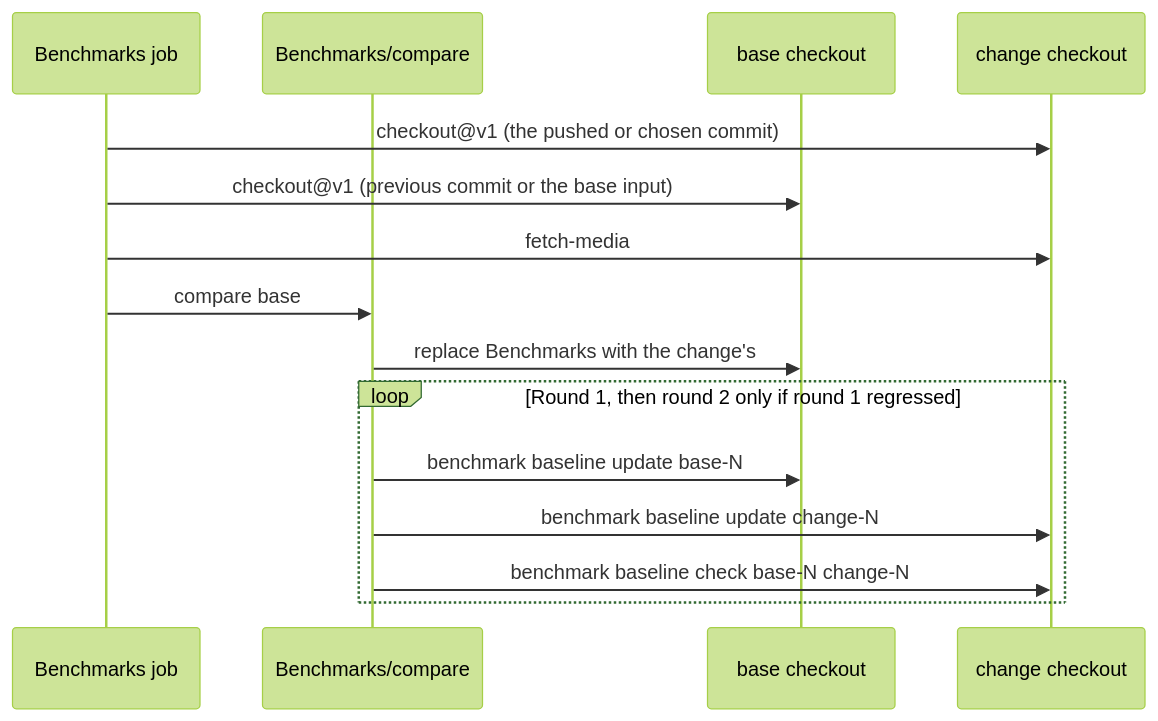
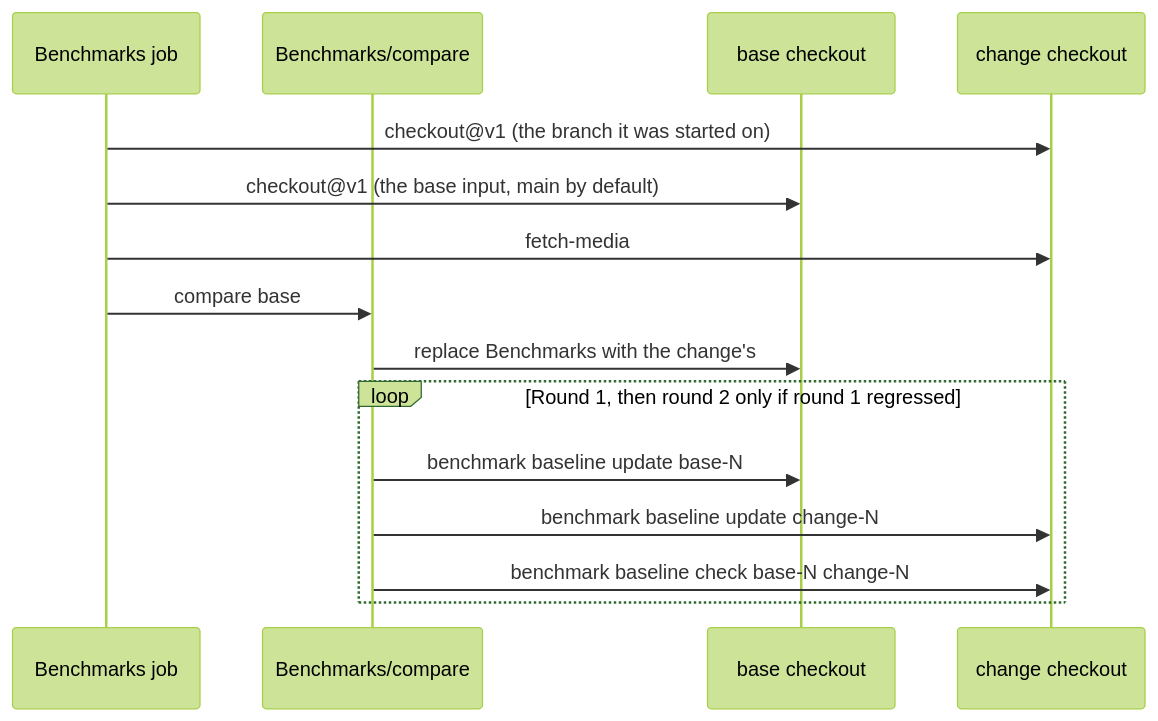
One commit to samsonjs/SJSAssetExportSession changed the diagram in Benchmarks/Readme.md. Above: the diagram before and after it, drawn with Mermaid (forest theme). The commit also changed other lines of this file and 1 other file, not shown here.

````diff
--- a/Benchmarks/Readme.md
+++ b/Benchmarks/Readme.md
@@ -102,17 +103,17 @@
 ```mermaid
 sequenceDiagram
     participant Job as Benchmarks job
     participant Compare as Benchmarks/compare
     participant Base as base checkout
     participant Change as change checkout
-    Job->>Change: checkout@v1 (the pushed or chosen commit)
-    Job->>Base: checkout@v1 (previous commit or the base input)
+    Job->>Change: checkout@v1 (the branch it was started on)
+    Job->>Base: checkout@v1 (the base input, main by default)
     Job->>Change: fetch-media
     Job->>Compare: compare base
     Compare->>Base: replace Benchmarks with the change's
     loop Round 1, then round 2 only if round 1 regressed
         Compare->>Base: benchmark baseline update base-N
         Compare->>Change: benchmark baseline update change-N
         Compare->>Change: benchmark baseline check base-N change-N
     end
 ```
````
